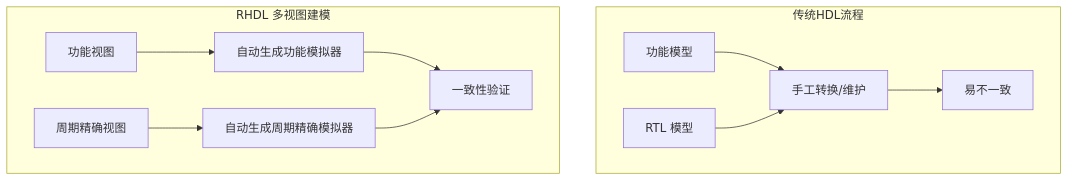
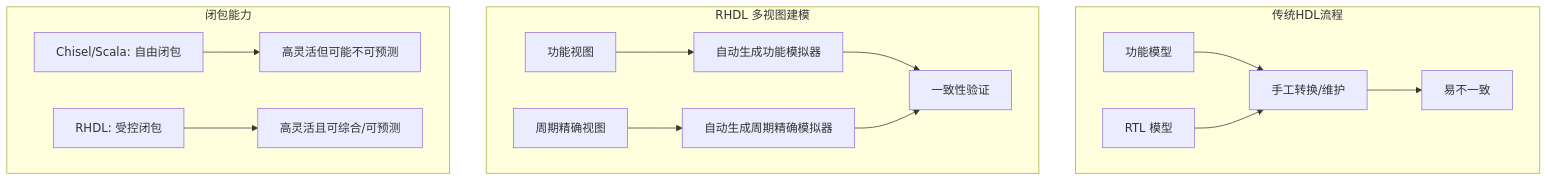
One commit to TangCan/bitloom changed the ninth of 9 diagrams in docs/requirements/16. 与其他 HDL 对比.md. Above: the diagram before and after it, drawn with Mermaid. The commit also changed other lines of this file and 17 other files, not shown here.

````diff
--- a/docs/requirements/16. 与其他 HDL 对比.md
+++ b/docs/requirements/16. 与其他 HDL 对比.md
@@ -224,15 +283,18 @@
 ```mermaid
 flowchart TB
     subgraph 传统HDL流程
         A[功能模型] --> B[手工转换/维护]
         C[RTL 模型] --> B
         B --> D[易不一致]
     end
     subgraph RHDL 多视图建模
         E[功能视图] --> F[自动生成功能模拟器]
         G[周期精确视图] --> H[自动生成周期精确模拟器]
         F --> I[一致性验证]
         H --> I
     end
-
+    subgraph 闭包能力
+        J[Chisel/Scala: 自由闭包] --> K[高灵活但可能不可预测]
+        L[RHDL: 受控闭包] --> M[高灵活且可综合/可预测]
+    end
 ```
````
